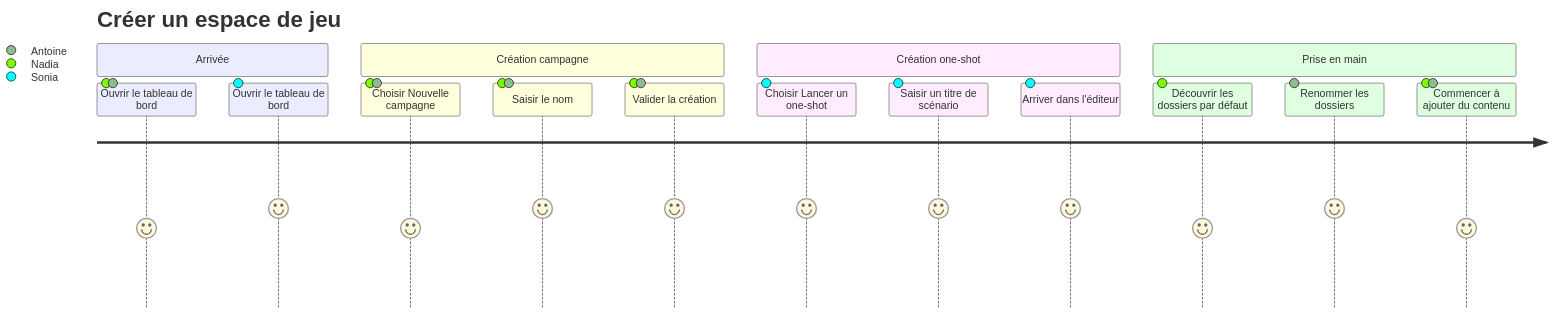
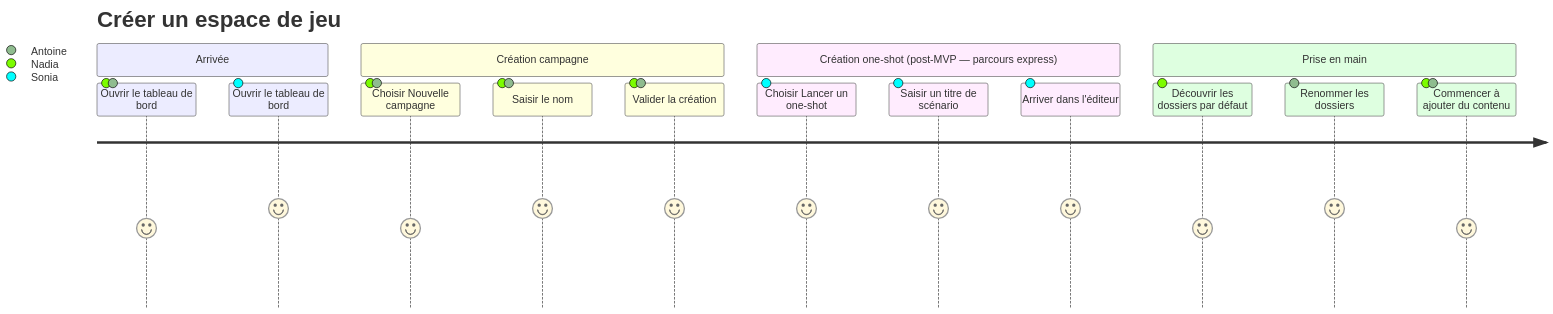
Before and after one commit to 2025-10-CDA-ECO-P6/PM-micro-saas: the first of 2 diagrams in docs/conception/user-journeys/UJ-UC-02-creer-espace-jeu.md, drawn with Mermaid. The commit also changed other lines of this file and 52 other files, not shown here.

````diff
--- a/docs/conception/user-journeys/UJ-UC-02-creer-espace-jeu.md
+++ b/docs/conception/user-journeys/UJ-UC-02-creer-espace-jeu.md
@@ -25,19 +27,19 @@
 ```mermaid
 journey
     title Créer un espace de jeu
     section Arrivée
       Ouvrir le tableau de bord: 4: Nadia, Antoine
       Ouvrir le tableau de bord: 5: Sonia
     section Création campagne
       Choisir Nouvelle campagne: 4: Nadia, Antoine
       Saisir le nom: 5: Nadia, Antoine
       Valider la création: 5: Nadia, Antoine
-    section Création one-shot
+    section Création one-shot (post-MVP — parcours express)
       Choisir Lancer un one-shot: 5: Sonia
       Saisir un titre de scénario: 5: Sonia
       Arriver dans l'éditeur: 5: Sonia
     section Prise en main
       Découvrir les dossiers par défaut: 4: Nadia
       Renommer les dossiers: 5: Antoine
       Commencer à ajouter du contenu: 4: Nadia, Antoine
 ```
````
